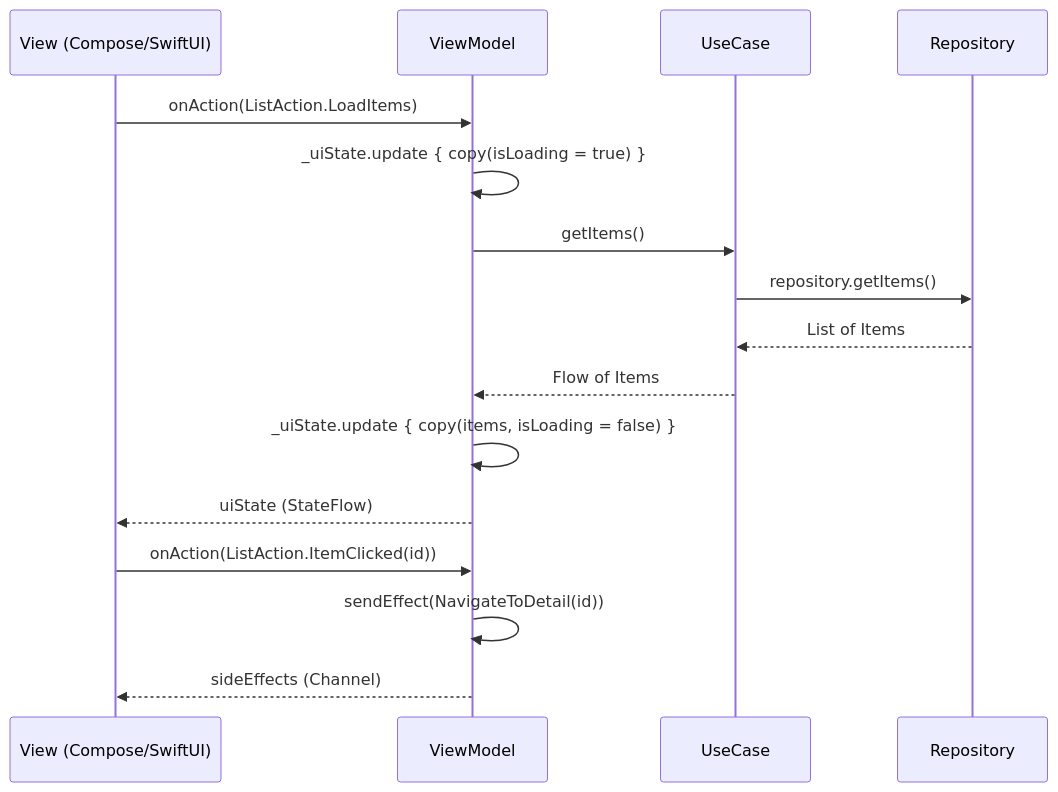
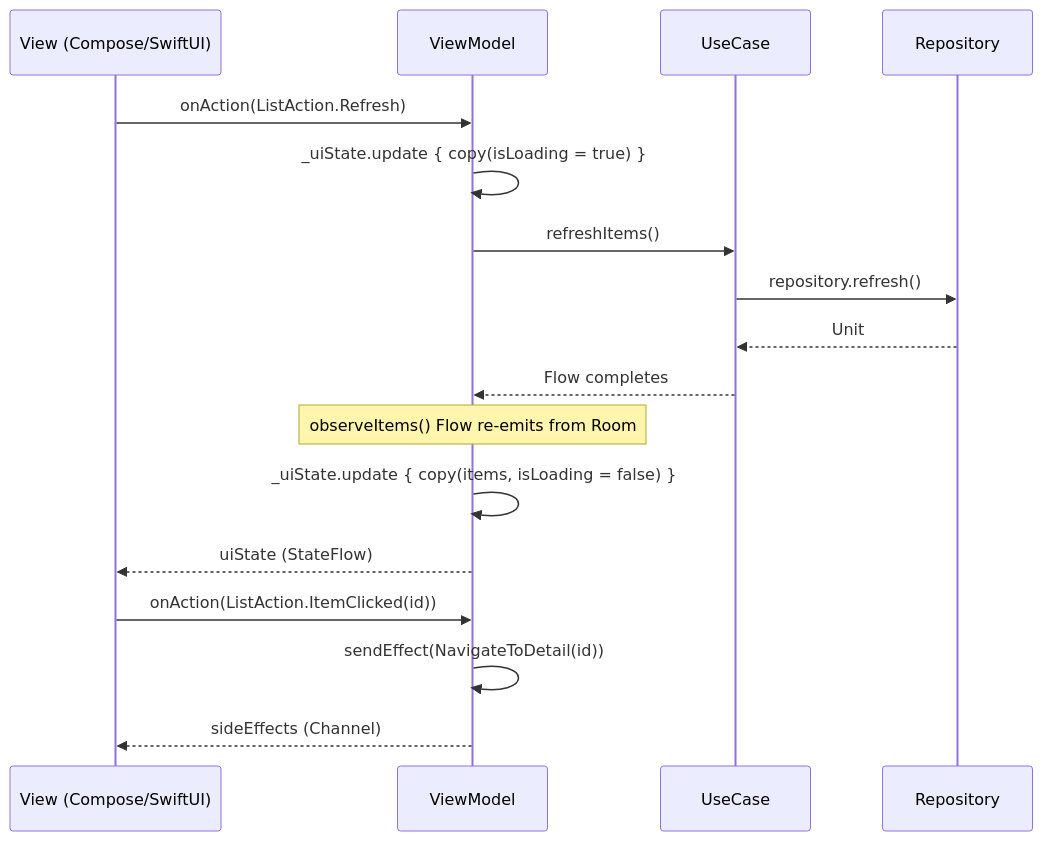
The eighth of 13 diagrams in README.md (Ashanen/Castociasto), drawn with Mermaid before and after one commit. The commit also changed other lines of this file and 54 other files, not shown here.

First line of the commit message:
Add offline-first architecture with Room, event bus, and Compose testTag E2E support

````diff
--- a/README.md
+++ b/README.md
@@ -216,20 +365,21 @@
 ```mermaid
 sequenceDiagram
     participant View as View (Compose/SwiftUI)
     participant VM as ViewModel
     participant UC as UseCase
     participant Repo as Repository
 
-    View->>VM: onAction(ListAction.LoadItems)
+    View->>VM: onAction(ListAction.Refresh)
     VM->>VM: _uiState.update { copy(isLoading = true) }
-    VM->>UC: getItems()
-    UC->>Repo: repository.getItems()
-    Repo-->>UC: List of Items
-    UC-->>VM: Flow of Items
+    VM->>UC: refreshItems()
+    UC->>Repo: repository.refresh()
+    Repo-->>UC: Unit
+    UC-->>VM: Flow completes
+    Note over VM: observeItems() Flow re-emits from Room
     VM->>VM: _uiState.update { copy(items, isLoading = false) }
     VM-->>View: uiState (StateFlow)
 
     View->>VM: onAction(ListAction.ItemClicked(id))
     VM->>VM: sendEffect(NavigateToDetail(id))
     VM-->>View: sideEffects (Channel)
 ```
````
